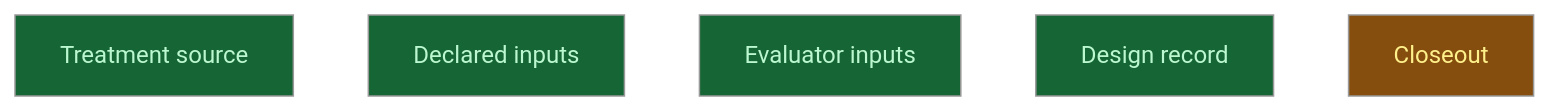
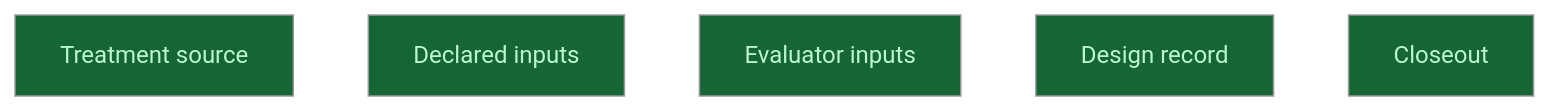
Before and after one commit to CrackingShells/Candler: the diagram in __roadmap__/m2c-wire-alignment/consumers/README.md, drawn with Mermaid (neutral theme). The commit also changed other lines of this file and 4 other files, not shown here.

````diff
--- a/__roadmap__/m2c-wire-alignment/consumers/README.md
+++ b/__roadmap__/m2c-wire-alignment/consumers/README.md
@@ -22,13 +22,13 @@
 ```mermaid
 graph TD
     treatment_source[Treatment source]:::done
     declared_inputs[Declared inputs]:::done
     evaluator_inputs[Evaluator inputs]:::done
     design_record[Design record]:::done
-    closeout[Closeout]:::inprogress
+    closeout[Closeout]:::done
     classDef done       fill:#166534,color:#bbf7d0
     classDef inprogress fill:#854d0e,color:#fef08a
     classDef planned    fill:#374151,color:#e5e7eb
     classDef amendment  fill:#1e3a5f,color:#bfdbfe
     classDef blocked    fill:#7f1d1d,color:#fecaca
 ```
````
